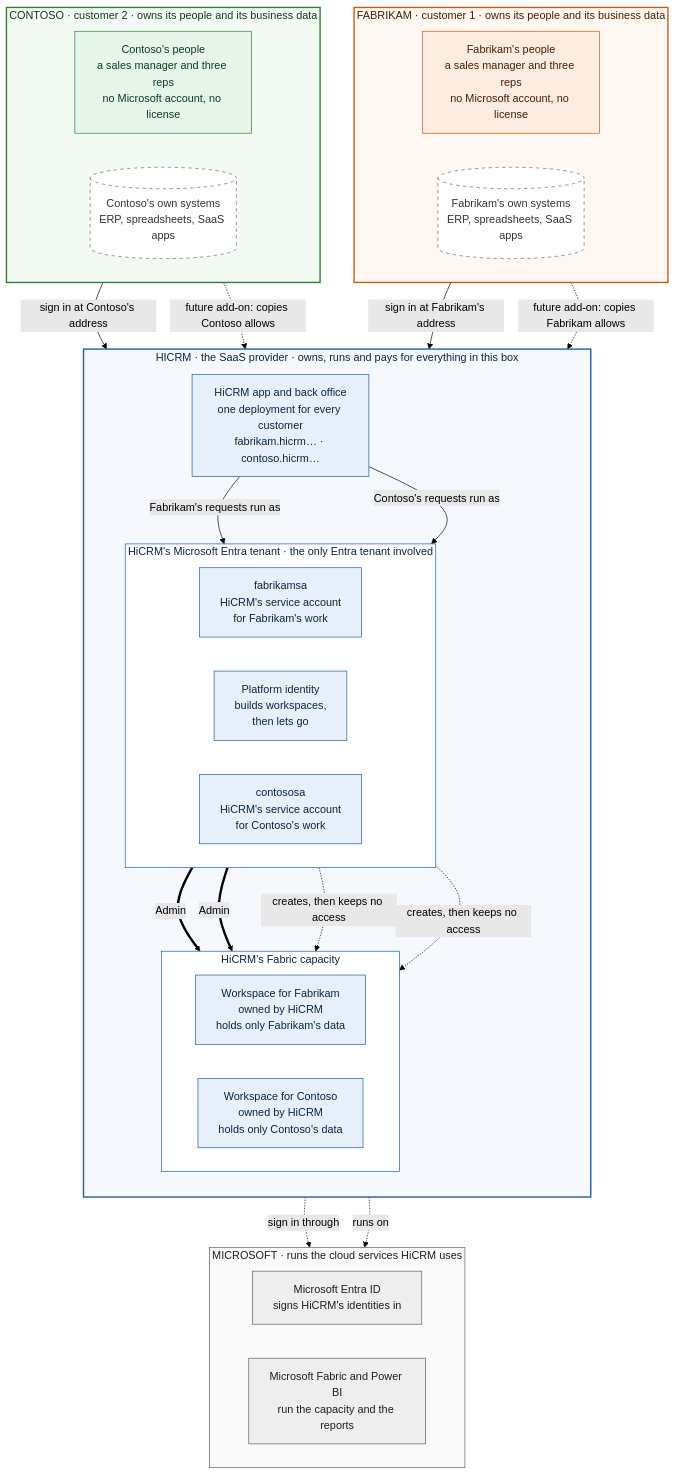
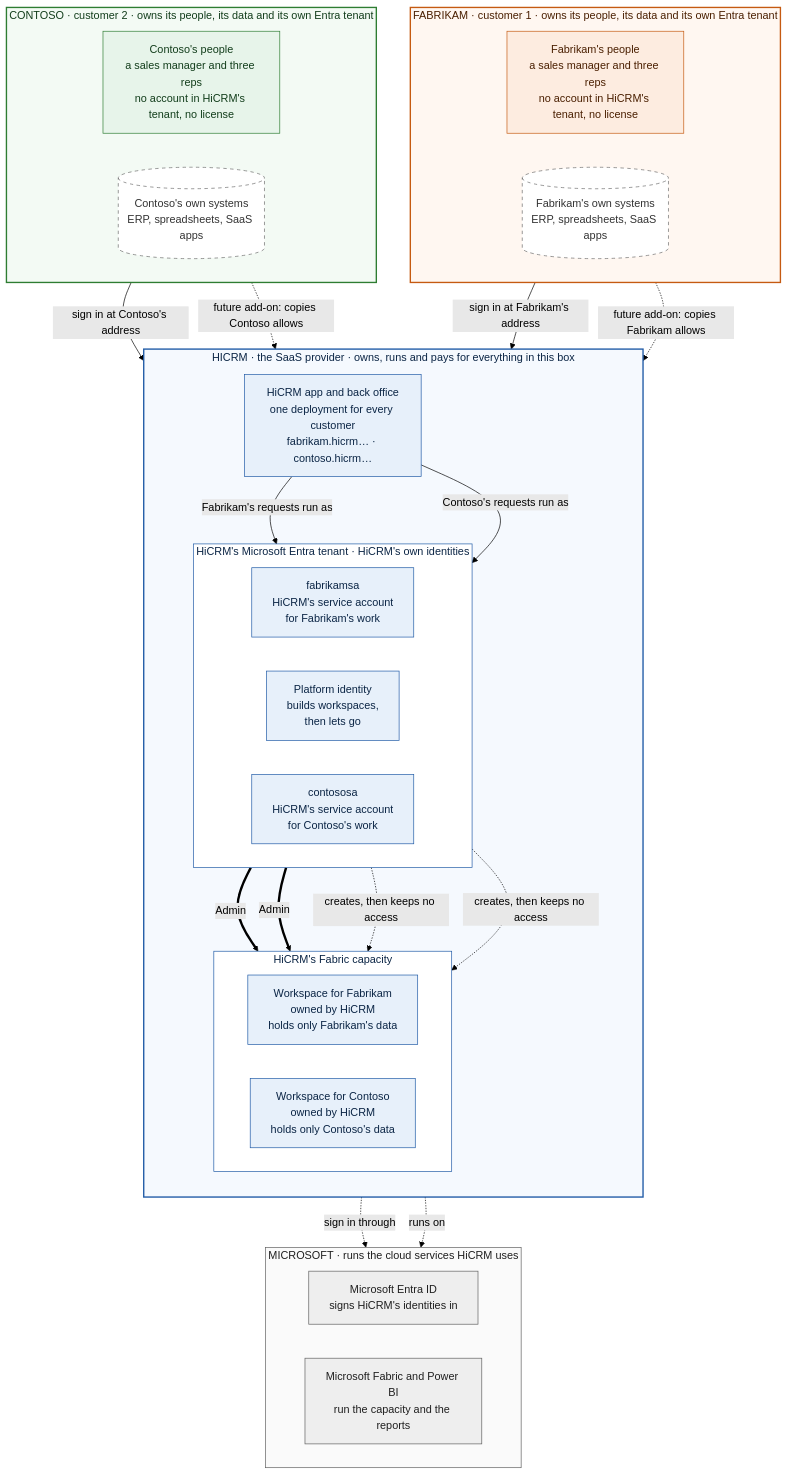
One commit to apkola29/fabric changed the first of 7 diagrams in saas-platform/ARCHITECTURE.md. Above: the diagram before and after it, drawn with Mermaid (forest theme). The commit also changed other lines of this file and 9 other files, not shown here.

First line of the commit message:
saas-platform: identities and authentication across Entra tenants

````diff
--- a/saas-platform/ARCHITECTURE.md
+++ b/saas-platform/ARCHITECTURE.md
@@ -21,69 +21,69 @@
 ```mermaid
 flowchart TB
   %% Who owns what. Orange: Fabrikam, green: Contoso (two customers of HiCRM). Blue: HiCRM, the SaaS provider.
   %% Grey: Microsoft. Dashed: the future data integration add-on.
 
-  subgraph FAB["FABRIKAM · customer 1 · owns its people and its business data"]
+  subgraph FAB["FABRIKAM · customer 1 · owns its people, its data and its own Entra tenant"]
     direction LR
-    FPPL["Fabrikam's people<br/>a sales manager and three reps<br/>no Microsoft account, no license"]
+    FPPL["Fabrikam's people<br/>a sales manager and three reps<br/>no account in HiCRM's tenant, no license"]
     FSYS[("Fabrikam's own systems<br/>ERP, spreadsheets, SaaS apps")]
   end
 
-  subgraph CON["CONTOSO · customer 2 · owns its people and its business data"]
+  subgraph CON["CONTOSO · customer 2 · owns its people, its data and its own Entra tenant"]
     direction LR
-    CPPL["Contoso's people<br/>a sales manager and three reps<br/>no Microsoft account, no license"]
+    CPPL["Contoso's people<br/>a sales manager and three reps<br/>no account in HiCRM's tenant, no license"]
     CSYS[("Contoso's own systems<br/>ERP, spreadsheets, SaaS apps")]
   end
 
   subgraph HI["HICRM · the SaaS provider · owns, runs and pays for everything in this box"]
     direction TB
     APP["HiCRM app and back office<br/>one deployment for every customer<br/>fabrikam.hicrm… · contoso.hicrm…"]
-    subgraph IDS["HiCRM's Microsoft Entra tenant · the only Entra tenant involved"]
+    subgraph IDS["HiCRM's Microsoft Entra tenant · HiCRM's own identities"]
       direction LR
       FSA["fabrikamsa<br/>HiCRM's service account<br/>for Fabrikam's work"]
       PID["Platform identity<br/>builds workspaces,<br/>then lets go"]
       CSA["contososa<br/>HiCRM's service account<br/>for Contoso's work"]
     end
     subgraph CAP["HiCRM's Fabric capacity"]
       direction LR
       FWS["Workspace for Fabrikam<br/>owned by HiCRM<br/>holds only Fabrikam's data"]
       CWS["Workspace for Contoso<br/>owned by HiCRM<br/>holds only Contoso's data"]
     end
   end
 
   subgraph MS["MICROSOFT · runs the cloud services HiCRM uses"]
     direction LR
     MEID["Microsoft Entra ID<br/>signs HiCRM's identities in"]
     MFAB["Microsoft Fabric and Power BI<br/>run the capacity and the reports"]
   end
 
   FPPL -->|"sign in at Fabrikam's address"| APP
   CPPL -->|"sign in at Contoso's address"| APP
   APP -->|"Fabrikam's requests run as"| FSA
   APP -->|"Contoso's requests run as"| CSA
   FSA ==>|"Admin"| FWS
   CSA ==>|"Admin"| CWS
   PID -.->|"creates, then keeps no access"| FWS
   PID -.->|"creates, then keeps no access"| CWS
   FSYS -.->|"future add-on: copies Fabrikam allows"| FWS
   CSYS -.->|"future add-on: copies Contoso allows"| CWS
   IDS -.->|"sign in through"| MEID
   CAP -.->|"runs on"| MFAB
 
   classDef fabrikam fill:#FDECE0,stroke:#C55A11,color:#4A1F00
   classDef contoso fill:#E7F4EA,stroke:#2E7D32,color:#123D1B
   classDef hicrm fill:#E7F0FA,stroke:#1F5AA6,color:#0B2545
   classDef microsoft fill:#EEEEEE,stroke:#5F5F5F,color:#1F1F1F
   classDef future fill:#FFFFFF,stroke:#6B6B6B,stroke-dasharray:5 5,color:#333333
   class FPPL fabrikam
   class CPPL contoso
   class FSYS,CSYS future
   class APP,FSA,PID,CSA,FWS,CWS hicrm
   class MEID,MFAB microsoft
   style FAB fill:#FFF7F1,stroke:#C55A11,stroke-width:2px,color:#4A1F00
   style CON fill:#F3FAF4,stroke:#2E7D32,stroke-width:2px,color:#123D1B
   style HI fill:#F5F9FE,stroke:#1F5AA6,stroke-width:2px,color:#0B2545
   style IDS fill:#FFFFFF,stroke:#1F5AA6,color:#0B2545
   style CAP fill:#FFFFFF,stroke:#1F5AA6,color:#0B2545
   style MS fill:#FAFAFA,stroke:#5F5F5F,color:#1F1F1F
 ```
````
